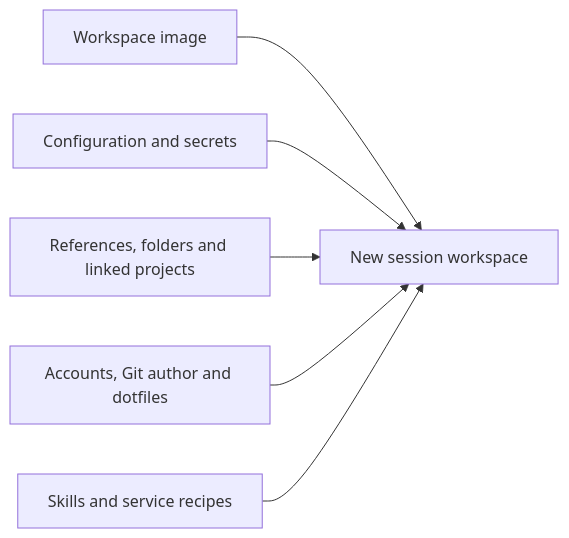
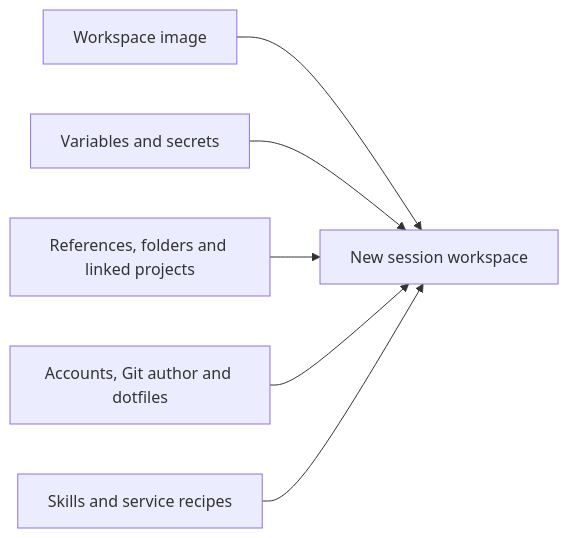
The diagram in apps/docs/src/content/docs/guides/project-environment.md (sealant-sh/mend), drawn with Mermaid before and after one commit. The commit also changed other lines of this file and 69 other files, not shown here.

````diff
--- a/apps/docs/src/content/docs/guides/project-environment.md
+++ b/apps/docs/src/content/docs/guides/project-environment.md
@@ -15,15 +16,15 @@
 ```mermaid
 flowchart LR
   image[Workspace image]
-  env[Configuration and secrets]
+  env[Variables and secrets]
   refs[References, folders and linked projects]
   identity[Accounts, Git author and dotfiles]
   recipes[Skills and service recipes]
   launch[New session workspace]
 
   image --> launch
   env --> launch
   refs --> launch
   identity --> launch
   recipes --> launch
 ```
````
